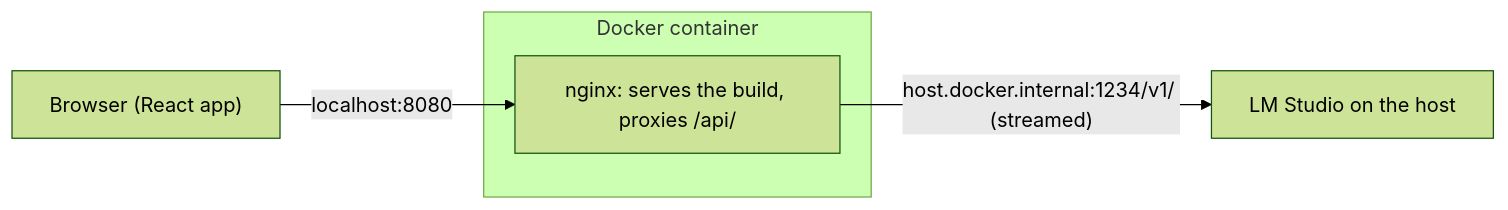
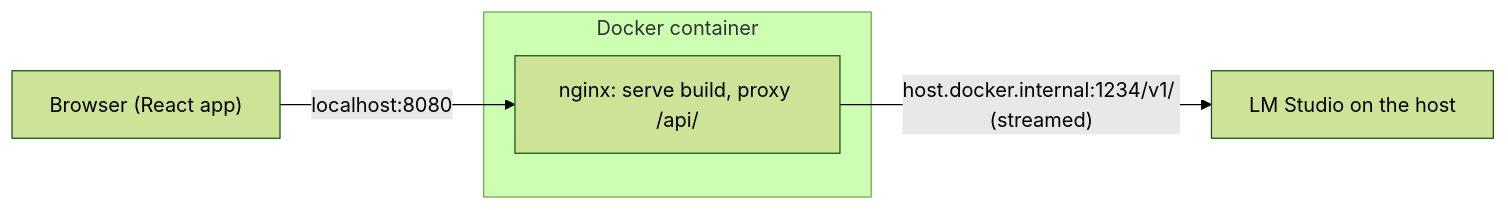
Before and after one commit to sarimash/chatbot: the diagram in README.md, drawn with Mermaid (forest theme). The commit also changed other lines of this file, not shown here.

Commit message:
SCRUM-20: Typo, formatting for mermaid diagram

````diff
--- a/README.md
+++ b/README.md
@@ -16,8 +16,8 @@
 ```mermaid
 flowchart LR
   browser["Browser (React app)"] -->|"localhost:8080"| nginx
   subgraph docker["Docker container"]
-    nginx["nginx: serves the build, proxies /api/"]
+    nginx["nginx: serve build, proxy /api/"]
   end
   nginx -->|"host.docker.internal:1234/v1/ (streamed)"| lms["LM Studio on the host"]
 ```
````
